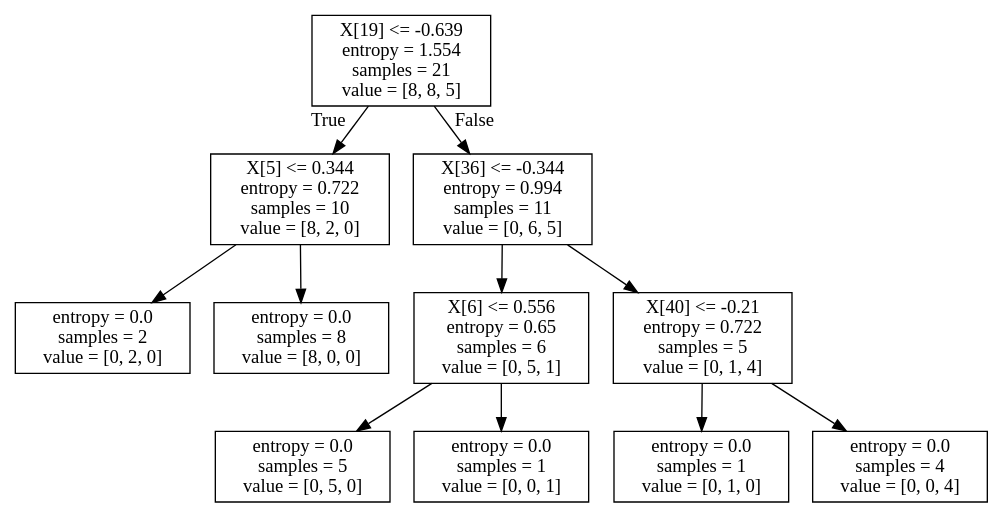
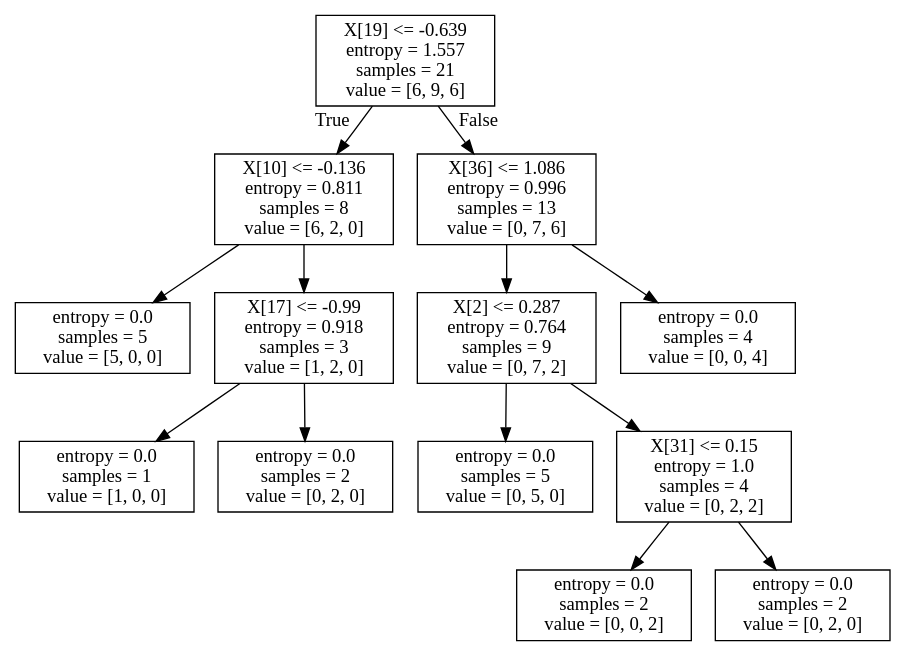
Before and after one commit to SujeethJinesh/CS4641: the diagram in SupervisedLearning/tree.dot, drawn with Graphviz. The commit also changed 16 other files, not shown here.

```diff
--- a/SupervisedLearning/tree.dot
+++ b/SupervisedLearning/tree.dot
@@ -1,24 +1,28 @@
 digraph Tree {
 node [shape=box] ;
-0 [label="X[19] <= -0.639\nentropy = 1.554\nsamples = 21\nvalue = [8, 8, 5]"] ;
-1 [label="X[5] <= 0.344\nentropy = 0.722\nsamples = 10\nvalue = [8, 2, 0]"] ;
+0 [label="X[19] <= -0.639\nentropy = 1.557\nsamples = 21\nvalue = [6, 9, 6]"] ;
+1 [label="X[10] <= -0.136\nentropy = 0.811\nsamples = 8\nvalue = [6, 2, 0]"] ;
 0 -> 1 [labeldistance=2.5, labelangle=45, headlabel="True"] ;
-2 [label="entropy = 0.0\nsamples = 2\nvalue = [0, 2, 0]"] ;
+2 [label="entropy = 0.0\nsamples = 5\nvalue = [5, 0, 0]"] ;
 1 -> 2 ;
-3 [label="entropy = 0.0\nsamples = 8\nvalue = [8, 0, 0]"] ;
+3 [label="X[17] <= -0.99\nentropy = 0.918\nsamples = 3\nvalue = [1, 2, 0]"] ;
 1 -> 3 ;
-4 [label="X[36] <= -0.344\nentropy = 0.994\nsamples = 11\nvalue = [0, 6, 5]"] ;
-0 -> 4 [labeldistance=2.5, labelangle=-45, headlabel="False"] ;
-5 [label="X[6] <= 0.556\nentropy = 0.65\nsamples = 6\nvalue = [0, 5, 1]"] ;
-4 -> 5 ;
-6 [label="entropy = 0.0\nsamples = 5\nvalue = [0, 5, 0]"] ;
-5 -> 6 ;
-7 [label="entropy = 0.0\nsamples = 1\nvalue = [0, 0, 1]"] ;
-5 -> 7 ;
-8 [label="X[40] <= -0.21\nentropy = 0.722\nsamples = 5\nvalue = [0, 1, 4]"] ;
-4 -> 8 ;
-9 [label="entropy = 0.0\nsamples = 1\nvalue = [0, 1, 0]"] ;
-8 -> 9 ;
-10 [label="entropy = 0.0\nsamples = 4\nvalue = [0, 0, 4]"] ;
-8 -> 10 ;
+4 [label="entropy = 0.0\nsamples = 1\nvalue = [1, 0, 0]"] ;
+3 -> 4 ;
+5 [label="entropy = 0.0\nsamples = 2\nvalue = [0, 2, 0]"] ;
+3 -> 5 ;
+6 [label="X[36] <= 1.086\nentropy = 0.996\nsamples = 13\nvalue = [0, 7, 6]"] ;
+0 -> 6 [labeldistance=2.5, labelangle=-45, headlabel="False"] ;
+7 [label="X[2] <= 0.287\nentropy = 0.764\nsamples = 9\nvalue = [0, 7, 2]"] ;
+6 -> 7 ;
+8 [label="entropy = 0.0\nsamples = 5\nvalue = [0, 5, 0]"] ;
+7 -> 8 ;
+9 [label="X[31] <= 0.15\nentropy = 1.0\nsamples = 4\nvalue = [0, 2, 2]"] ;
+7 -> 9 ;
+10 [label="entropy = 0.0\nsamples = 2\nvalue = [0, 0, 2]"] ;
+9 -> 10 ;
+11 [label="entropy = 0.0\nsamples = 2\nvalue = [0, 2, 0]"] ;
+9 -> 11 ;
+12 [label="entropy = 0.0\nsamples = 4\nvalue = [0, 0, 4]"] ;
+6 -> 12 ;
 }
```
